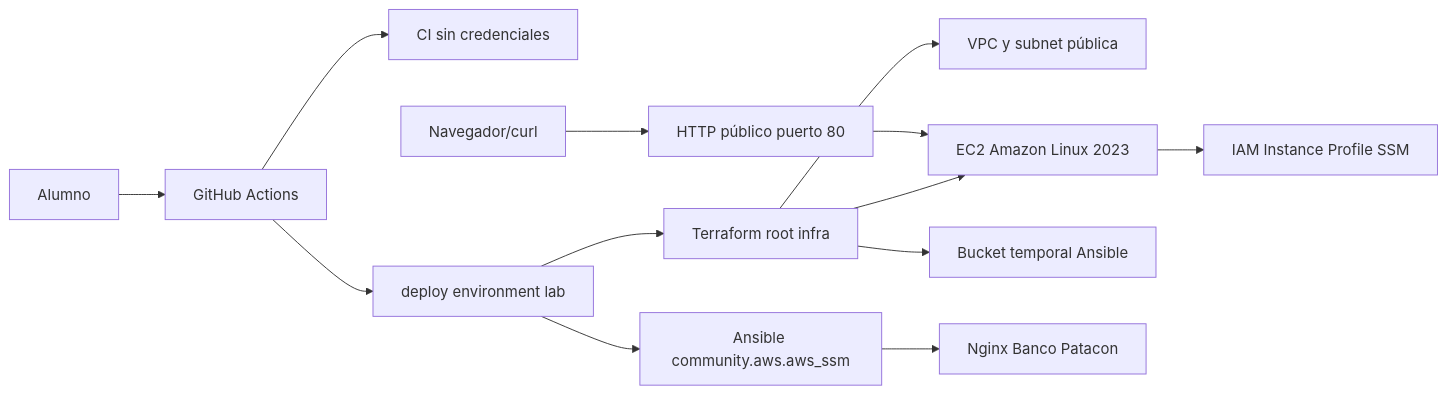
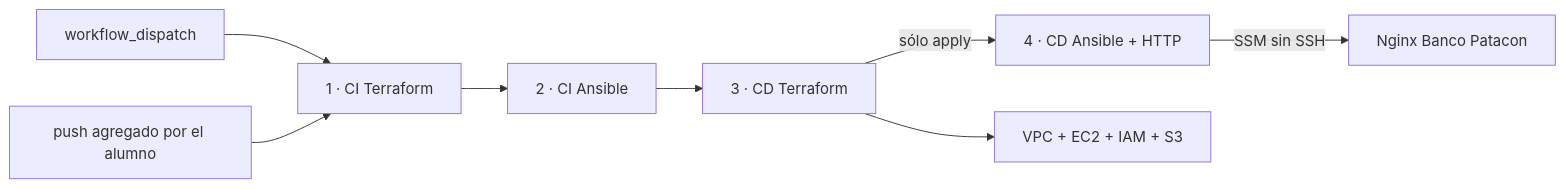
The diagram in guias/guia-cicd-lab01-infra.md (nicopannu/curso-cloud-formatec-c2-2026), drawn with Mermaid before and after one commit. The commit also changed other lines of this file and 3 other files, not shown here.

````diff
--- a/guias/guia-cicd-lab01-infra.md
+++ b/guias/guia-cicd-lab01-infra.md
@@ -28,15 +29,10 @@
 ```mermaid
 flowchart LR
-  Dev[Alumno] --> GH[GitHub Actions]
-  GH --> CI[CI sin credenciales]
-  GH --> Deploy[deploy environment lab]
-  Deploy --> TF[Terraform root infra]
-  TF --> VPC[VPC y subnet pública]
-  TF --> EC2[EC2 Amazon Linux 2023]
-  TF --> S3A[Bucket temporal Ansible]
-  EC2 --> SSM[IAM Instance Profile SSM]
-  Deploy --> Ansible[Ansible community.aws.aws_ssm]
-  Ansible --> Nginx[Nginx Banco Patacon]
-  Browser[Navegador/curl] --> HTTP[HTTP público puerto 80]
-  HTTP --> EC2
+  Manual[workflow_dispatch] --> CITF[1 · CI Terraform]
+  Push[push agregado por el alumno] --> CITF
+  CITF --> CIA[2 · CI Ansible]
+  CIA --> CDTF[3 · CD Terraform]
+  CDTF -->|sólo apply| CDA[4 · CD Ansible + HTTP]
+  CDTF --> AWS[VPC + EC2 + IAM + S3]
+  CDA -->|SSM sin SSH| Nginx[Nginx Banco Patacon]
 ```
````
